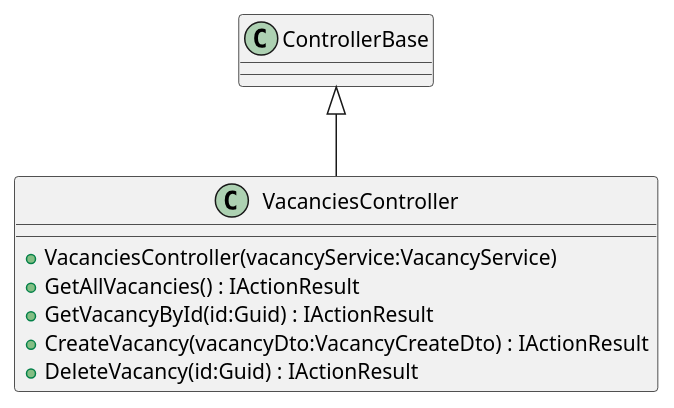
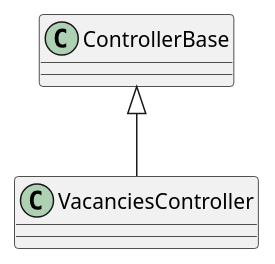
One commit to Its-Stressica/RecruitPlus changed the diagram in diagram.puml/MilitaryRecruitment.Api/Controllers/VacanciesController.puml. Above: the diagram before and after it, drawn with PlantUML. The commit also changed 12 other files, not shown here.

Commit message:
Commented fields in diagrams to create a shorter one

```diff
--- a/diagram.puml/MilitaryRecruitment.Api/Controllers/VacanciesController.puml
+++ b/diagram.puml/MilitaryRecruitment.Api/Controllers/VacanciesController.puml
@@ -1,10 +1,10 @@
 @startuml
 class VacanciesController {
-    + VacanciesController(vacancyService:VacancyService)
-    + GetAllVacancies() : IActionResult
-    + GetVacancyById(id:Guid) : IActionResult
-    + CreateVacancy(vacancyDto:VacancyCreateDto) : IActionResult
-    + DeleteVacancy(id:Guid) : IActionResult
+    ' + VacanciesController(vacancyService:VacancyService)
+    ' + GetAllVacancies() : IActionResult
+    ' + GetVacancyById(id:Guid) : IActionResult
+    ' + CreateVacancy(vacancyDto:VacancyCreateDto) : IActionResult
+    ' + DeleteVacancy(id:Guid) : IActionResult
 }
 ControllerBase <|-- VacanciesController
 @enduml
```
